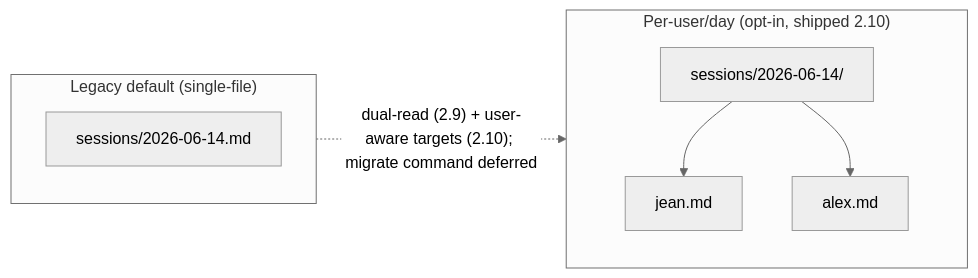
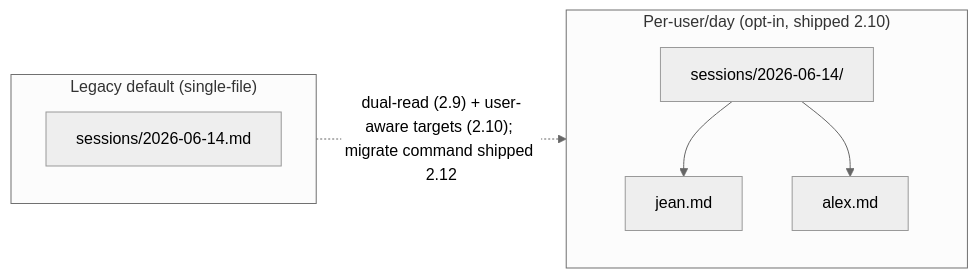
The seventh of 8 diagrams in docs/functionality-audit.md (jnl-tshi/memory-seed), drawn with Mermaid (neutral theme) before and after one commit. The commit also changed other lines of this file and 28 other files, not shown here.

````diff
--- a/docs/functionality-audit.md
+++ b/docs/functionality-audit.md
@@ -379,12 +383,12 @@
   ```mermaid
   flowchart LR
     subgraph now["Legacy default (single-file)"]
       A["sessions/2026-06-14.md"]
     end
     subgraph future["Per-user/day (opt-in, shipped 2.10)"]
       B["sessions/2026-06-14/"]
       B --> B1["jean.md"]
       B --> B2["alex.md"]
     end
-    now -. "dual-read (2.9) + user-aware targets (2.10); migrate command deferred" .-> future
+    now -. "dual-read (2.9) + user-aware targets (2.10); migrate command shipped 2.12" .-> future
   ```
````
